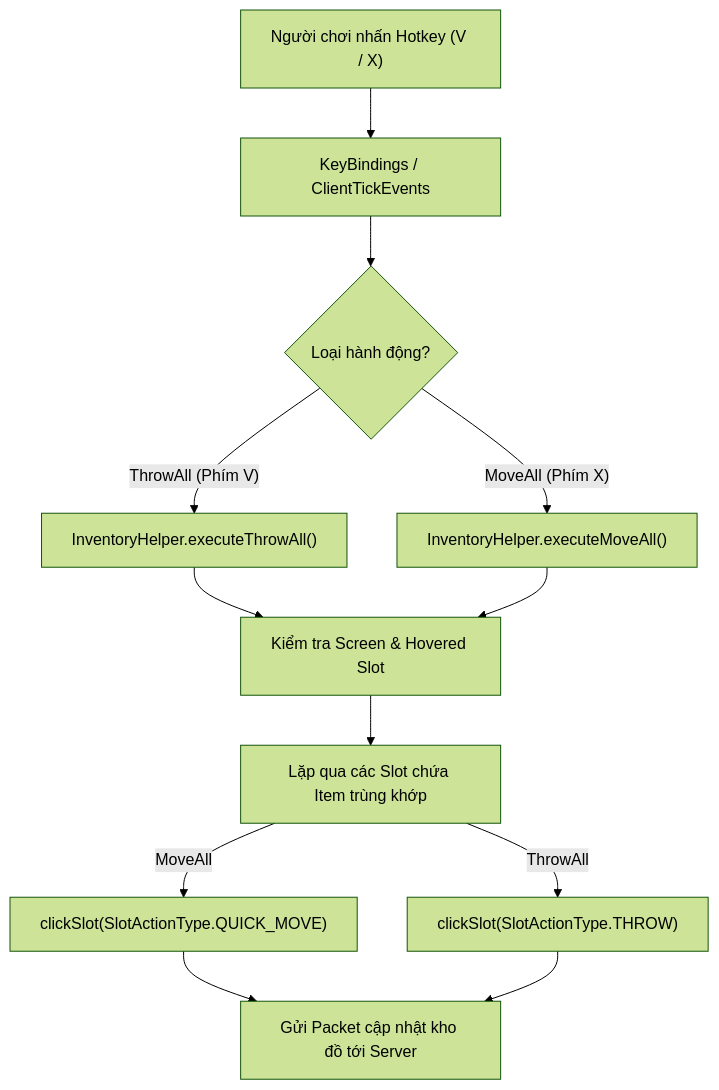
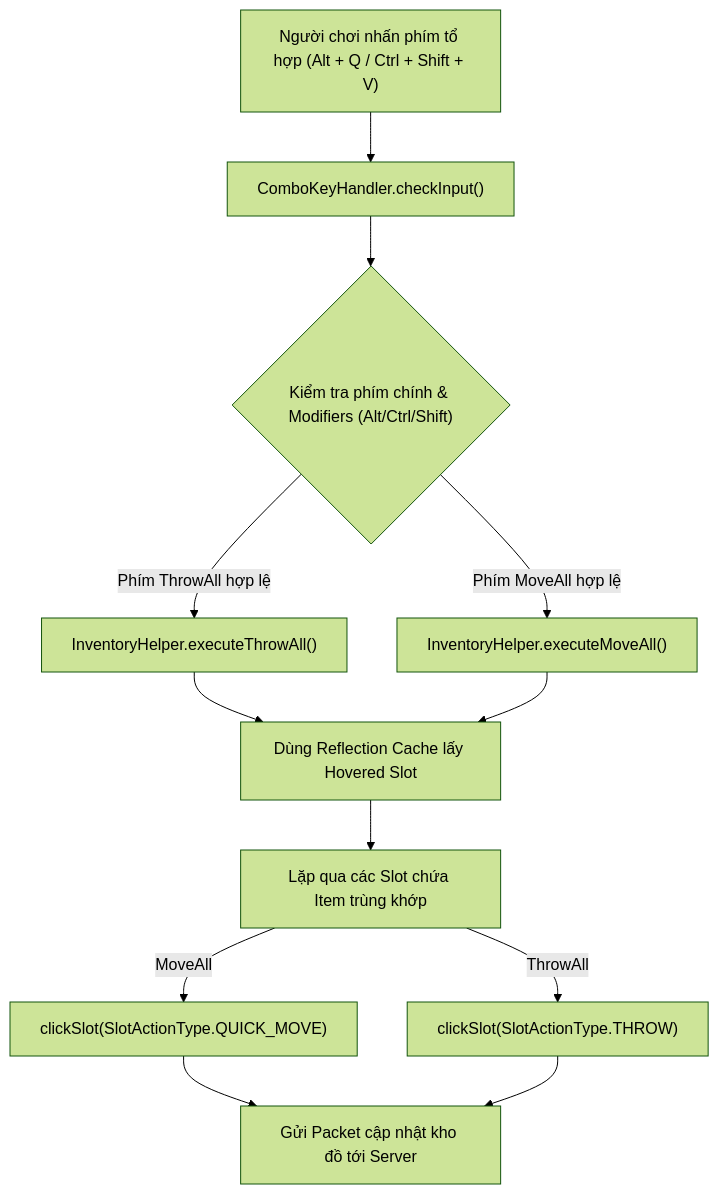
Before and after one commit to CodeingOver/ThrowAllMoveAll: the first of 3 diagrams in docs/architecture.md, drawn with Mermaid (forest theme). The commit also changed other lines of this file and 13 other files, not shown here.

````diff
--- a/docs/architecture.md
+++ b/docs/architecture.md
@@ -87,14 +93,14 @@
 ```mermaid
 graph TD
-    A["Người chơi nhấn Hotkey (V / X)"] --> B["KeyBindings / ClientTickEvents"]
-    B --> C{"Loại hành động?"}
-    C -- "ThrowAll (Phím V)" --> D["InventoryHelper.executeThrowAll()"]
-    C -- "MoveAll (Phím X)" --> E["InventoryHelper.executeMoveAll()"]
-    D --> F["Kiểm tra Screen & Hovered Slot"]
+    A["Người chơi nhấn phím tổ hợp (Alt + Q / Ctrl + Shift + V)"] --> B["ComboKeyHandler.checkInput()"]
+    B --> C{"Kiểm tra phím chính & Modifiers (Alt/Ctrl/Shift)"}
+    C -- "Phím ThrowAll hợp lệ" --> D["InventoryHelper.executeThrowAll()"]
+    C -- "Phím MoveAll hợp lệ" --> E["InventoryHelper.executeMoveAll()"]
+    D --> F["Dùng Reflection Cache lấy Hovered Slot"]
     E --> F
     F --> G["Lặp qua các Slot chứa Item trùng khớp"]
     G -- "MoveAll" --> H["clickSlot(SlotActionType.QUICK_MOVE)"]
     G -- "ThrowAll" --> I["clickSlot(SlotActionType.THROW)"]
     H --> J["Gửi Packet cập nhật kho đồ tới Server"]
     I --> J
 ```
````
